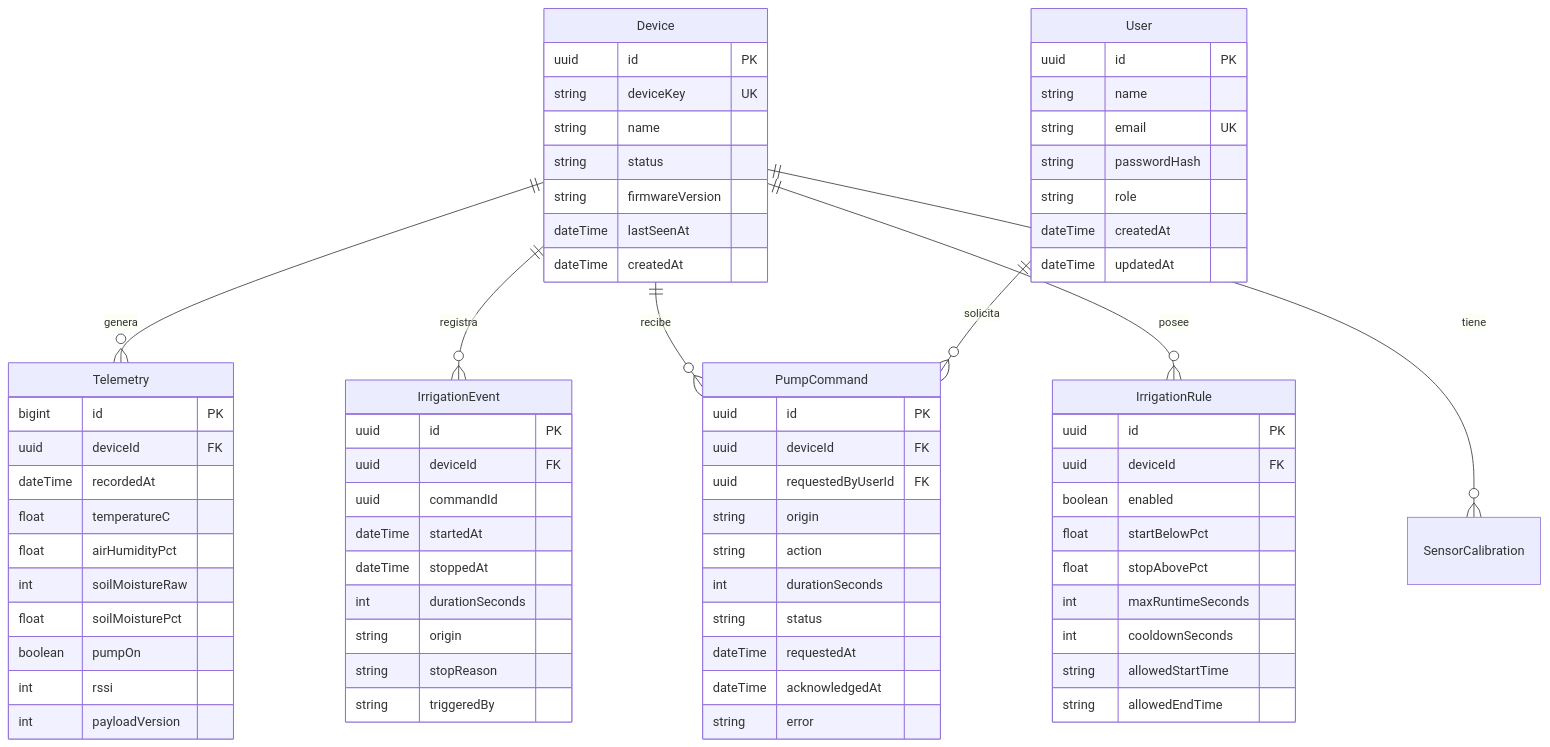
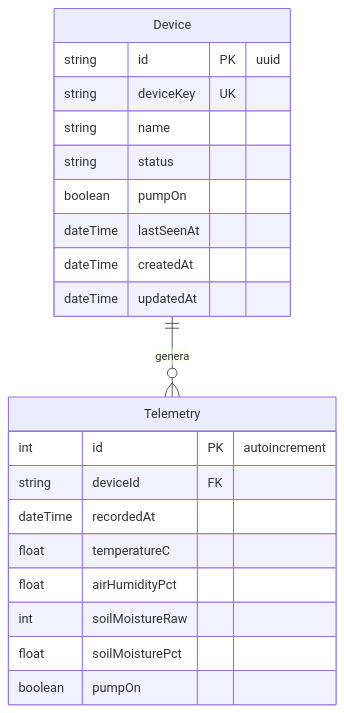
The diagram in diagrama_bd.md (stxtiz/FloraSense-Simplificado), drawn with Mermaid before and after one commit. The commit also changed other lines of this file and 3 other files, not shown here.

````diff
--- a/diagrama_bd.md
+++ b/diagrama_bd.md
@@ -6,79 +6,26 @@
 ```mermaid
 erDiagram
     Device ||--o{ Telemetry : "genera"
-    Device ||--o{ IrrigationEvent : "registra"
-    Device ||--o{ PumpCommand : "recibe"
-    Device ||--o{ IrrigationRule : "posee"
-    Device ||--o{ SensorCalibration : "tiene"
-    User ||--o{ PumpCommand : "solicita"
 
     Device {
-        uuid id PK
+        string id PK "uuid"
         string deviceKey UK
         string name
         string status
-        string firmwareVersion
+        boolean pumpOn
         dateTime lastSeenAt
         dateTime createdAt
+        dateTime updatedAt
     }
 
     Telemetry {
-        bigint id PK
-        uuid deviceId FK
+        int id PK "autoincrement"
+        string deviceId FK
         dateTime recordedAt
         float temperatureC
         float airHumidityPct
         int soilMoistureRaw
         float soilMoisturePct
         boolean pumpOn
-        int rssi
-        int payloadVersion
-    }
-
-    IrrigationEvent {
-        uuid id PK
-        uuid deviceId FK
-        uuid commandId
-        dateTime startedAt
-        dateTime stoppedAt
-        int durationSeconds
-        string origin
-        string stopReason
-        string triggeredBy
-    }
-
-    PumpCommand {
-        uuid id PK
-        uuid deviceId FK
-        uuid requestedByUserId FK
-        string origin
-        string action
-        int durationSeconds
-        string status
-        dateTime requestedAt
-        dateTime acknowledgedAt
-        string error
-    }
-
-    IrrigationRule {
-        uuid id PK
-        uuid deviceId FK
-        boolean enabled
-        float startBelowPct
-        float stopAbovePct
-        int maxRuntimeSeconds
-        int cooldownSeconds
-        string allowedStartTime
-        string allowedEndTime
-    }
-
-    User {
-        uuid id PK
-        string name
-        string email UK
-        string passwordHash
-        string role
-        dateTime createdAt
-        dateTime updatedAt
     }
 ```
````
